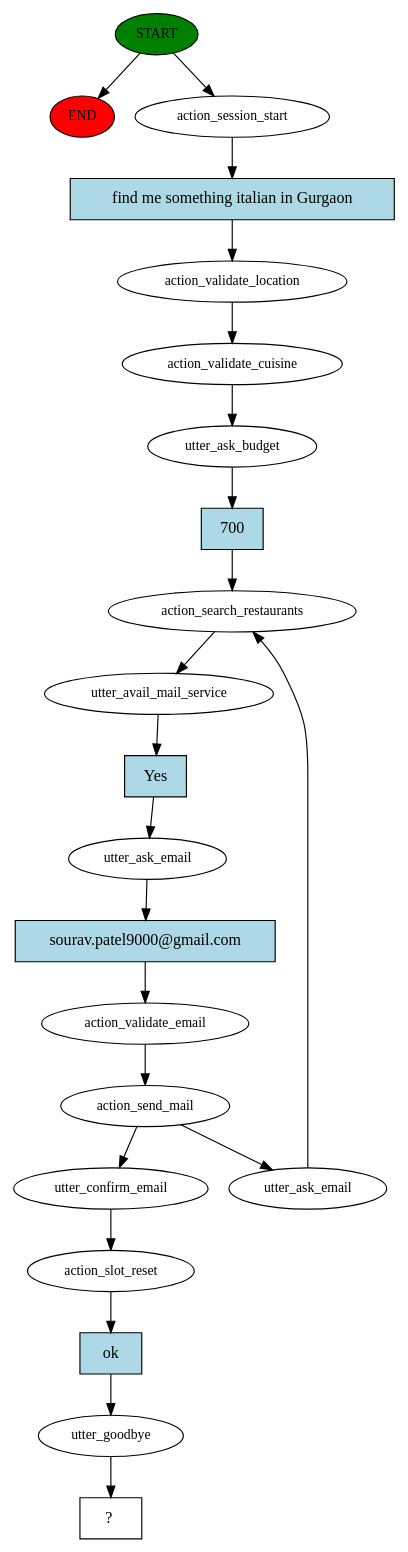
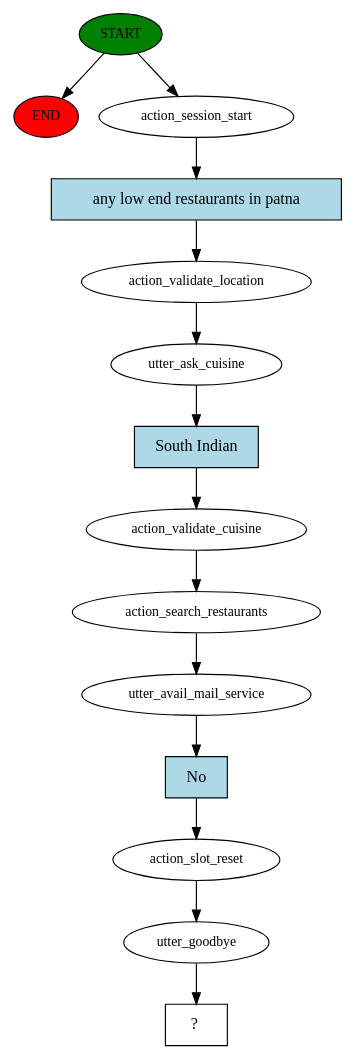
The diagram in story_graph.dot (thegreatluka/zomato-bot), drawn with Graphviz before and after one commit. The commit also changed 5 other files, not shown here.

Commit message:
bot gmail | added some more stories tp handle cheapest/expensive intent budget

```diff
--- a/story_graph.dot
+++ b/story_graph.dot
@@ -1,44 +1,29 @@
 digraph  {
 0 [class="start active", fillcolor=green, fontsize=12, label=START, style=filled];
 "-1" [class=end, fillcolor=red, fontsize=12, label=END, style=filled];
 1 [class=active, fontsize=12, label=action_session_start];
 2 [class=active, fontsize=12, label=action_validate_location];
-3 [class=active, fontsize=12, label=action_validate_cuisine];
-4 [class=active, fontsize=12, label=utter_ask_budget];
+3 [class=active, fontsize=12, label=utter_ask_cuisine];
+4 [class=active, fontsize=12, label=action_validate_cuisine];
 5 [class=active, fontsize=12, label=action_search_restaurants];
 6 [class=active, fontsize=12, label=utter_avail_mail_service];
-7 [class=active, fontsize=12, label=utter_ask_email];
-8 [class=active, fontsize=12, label=action_validate_email];
-9 [class=active, fontsize=12, label=action_send_mail];
-10 [class=active, fontsize=12, label=utter_ask_email];
-16 [class=active, fontsize=12, label=utter_confirm_email];
-17 [class=active, fontsize=12, label=action_slot_reset];
-18 [class=active, fontsize=12, label=utter_goodbye];
-19 [class="intent dashed active", label="  ?  ", shape=rect];
-20 [class="intent active", fillcolor=lightblue, label="find me something italian in Gurgaon", shape=rect, style=filled];
-21 [class="intent active", fillcolor=lightblue, label=700, shape=rect, style=filled];
-22 [class="intent active", fillcolor=lightblue, label=Yes, shape=rect, style=filled];
-23 [class="intent active", fillcolor=lightblue, label="sourav.patel9000@gmail.com", shape=rect, style=filled];
-24 [class="intent active", fillcolor=lightblue, label=ok, shape=rect, style=filled];
+7 [class=active, fontsize=12, label=action_slot_reset];
+8 [class=active, fontsize=12, label=utter_goodbye];
+9 [class="intent dashed active", label="  ?  ", shape=rect];
+10 [class="intent active", fillcolor=lightblue, label="any low end restaurants in patna", shape=rect, style=filled];
+11 [class="intent active", fillcolor=lightblue, label="South Indian", shape=rect, style=filled];
+12 [class="intent active", fillcolor=lightblue, label=No, shape=rect, style=filled];
 0 -> "-1"  [class="", key=NONE, label=""];
 0 -> 1  [class=active, key=NONE, label=""];
-1 -> 20  [class=active, key=0];
+1 -> 10  [class=active, key=0];
 2 -> 3  [class=active, key=NONE, label=""];
-3 -> 4  [class=active, key=NONE, label=""];
-4 -> 21  [class=active, key=0];
+3 -> 11  [class=active, key=0];
+4 -> 5  [class=active, key=NONE, label=""];
 5 -> 6  [class=active, key=NONE, label=""];
-6 -> 22  [class=active, key=0];
-7 -> 23  [class=active, key=0];
+6 -> 12  [class=active, key=0];
+7 -> 8  [class=active, key=NONE, label=""];
 8 -> 9  [class=active, key=NONE, label=""];
-9 -> 10  [class=active, key=NONE, label=""];
-9 -> 16  [class=active, key=NONE, label=""];
-10 -> 5  [class=active, key=NONE, label=""];
-16 -> 17  [class=active, key=NONE, label=""];
-17 -> 24  [class=active, key=0];
-18 -> 19  [class=active, key=NONE, label=""];
-20 -> 2  [class=active, key=0];
-21 -> 5  [class=active, key=0];
-22 -> 7  [class=active, key=0];
-23 -> 8  [class=active, key=0];
-24 -> 18  [class=active, key=0];
+10 -> 2  [class=active, key=0];
+11 -> 4  [class=active, key=0];
+12 -> 7  [class=active, key=0];
 }
```
